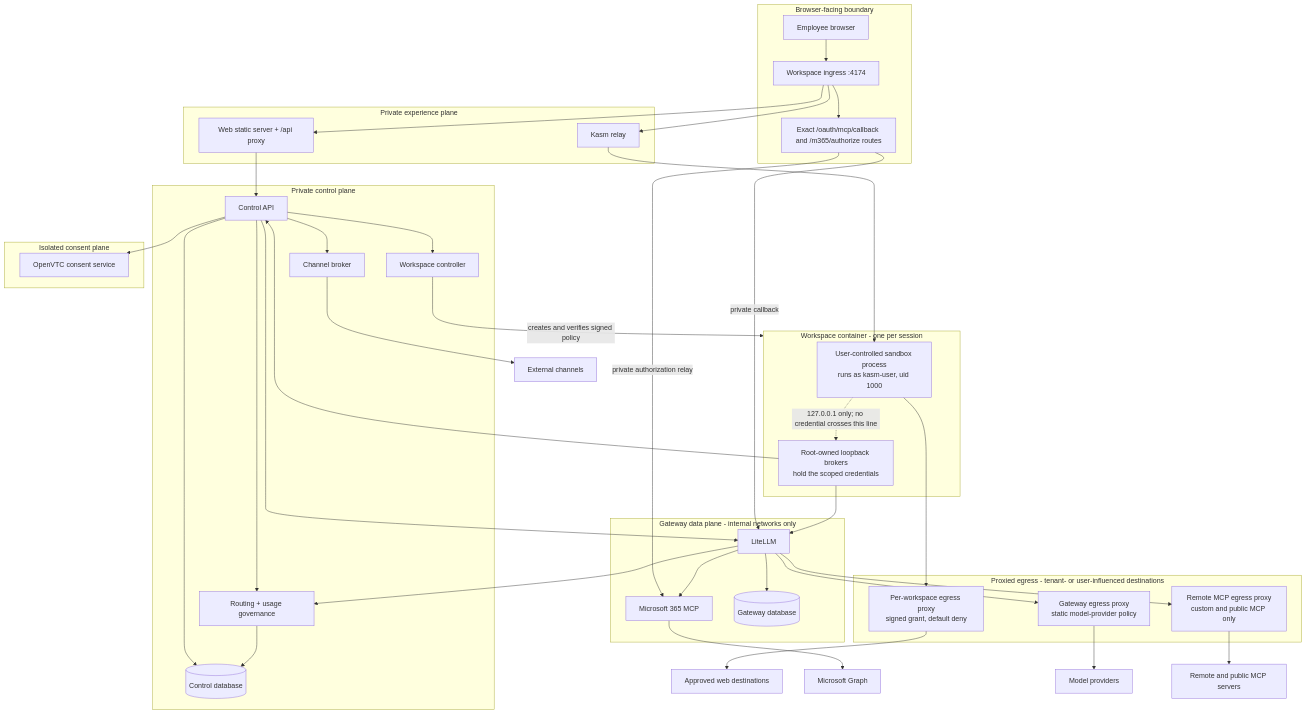
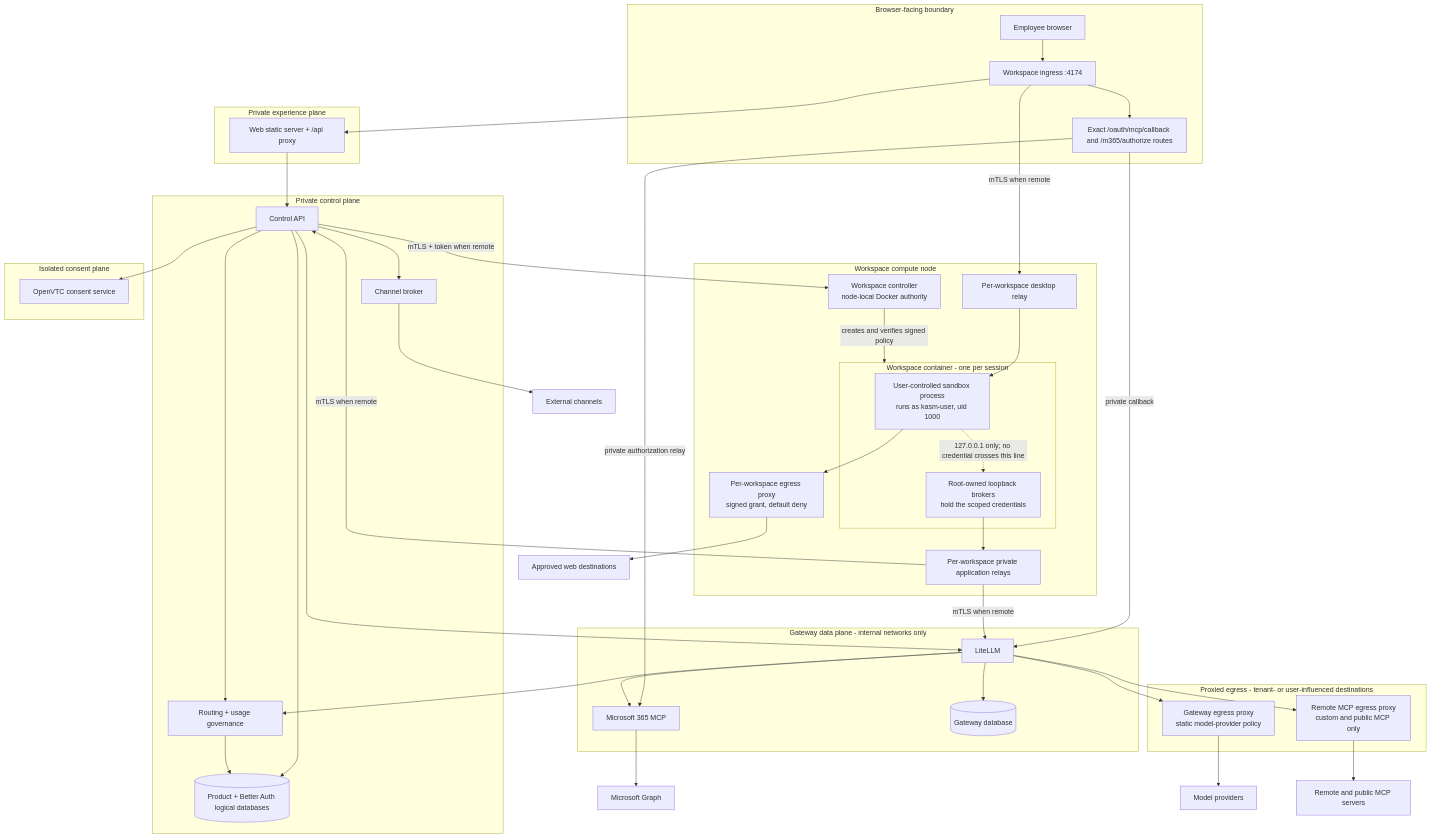
The first of 2 diagrams in docs/architecture/overview.md (ONE-Computer/LemmaComputer), drawn with Mermaid before and after one commit. The commit also changed other lines of this file and 24 other files, not shown here.

Commit message:
feat: harden remote workspace node qualification

````diff
--- a/docs/architecture/overview.md
+++ b/docs/architecture/overview.md
@@ -99,65 +102,69 @@
 ```mermaid
 flowchart TB
   subgraph Public["Browser-facing boundary"]
     Browser["Employee browser"]
     Ingress["Workspace ingress :4174"]
     OAuthRoutes["Exact /oauth/mcp/callback and /m365/authorize routes"]
   end
 
   subgraph Experience["Private experience plane"]
     Web["Web static server + /api proxy"]
-    Relay["Kasm relay"]
   end
 
-  subgraph WorkspaceContainer["Workspace container - one per session"]
-    Sandbox["User-controlled sandbox process<br/>runs as kasm-user, uid 1000"]
-    Loopback["Root-owned loopback brokers<br/>hold the scoped credentials"]
-    Sandbox -.->|"127.0.0.1 only; no credential crosses this line"| Loopback
+  subgraph WorkspaceNode["Workspace compute node"]
+    Controller["Workspace controller<br/>node-local Docker authority"]
+    Relay["Per-workspace desktop relay"]
+    AppRelays["Per-workspace private application relays"]
+    Egress["Per-workspace egress proxy<br/>signed grant, default deny"]
+    subgraph WorkspaceContainer["Workspace container - one per session"]
+      Sandbox["User-controlled sandbox process<br/>runs as kasm-user, uid 1000"]
+      Loopback["Root-owned loopback brokers<br/>hold the scoped credentials"]
+      Sandbox -.->|"127.0.0.1 only; no credential crosses this line"| Loopback
+    end
   end
 
   subgraph ControlPlane["Private control plane"]
     Control["Control API"]
     Governance["Routing + usage governance"]
-    Controller["Workspace controller"]
     Channel["Channel broker"]
-    ControlDB[("Control database")]
+    ControlDB[("Product + Better Auth logical databases")]
   end
 
   subgraph ConsentPlane["Isolated consent plane"]
     OpenVTC["OpenVTC consent service"]
   end
 
   subgraph DataPlane["Gateway data plane - internal networks only"]
     LiteLLM["LiteLLM"]
     M365["Microsoft 365 MCP"]
     GatewayDB[("Gateway database")]
   end
 
   subgraph EgressLayer["Proxied egress - tenant- or user-influenced destinations"]
     ModelEgress["Gateway egress proxy<br/>static model-provider policy"]
     McpEgress["Remote MCP egress proxy<br/>custom and public MCP only"]
-    Egress["Per-workspace egress proxy<br/>signed grant, default deny"]
   end
 
   Browser --> Ingress --> Web --> Control
   Ingress --> OAuthRoutes
   OAuthRoutes -->|"private callback"| LiteLLM
   OAuthRoutes -->|"private authorization relay"| M365
   Control --> ControlDB
   Control --> Governance --> ControlDB
   LiteLLM --> Governance
-  Control --> Controller
+  Control -->|"mTLS + token when remote"| Controller
   Control --> OpenVTC
   Control --> LiteLLM
   Control --> Channel
   Controller -->|"creates and verifies signed policy"| WorkspaceContainer
-  Ingress --> Relay --> Sandbox
-  Loopback --> Control
-  Loopback --> LiteLLM
+  Ingress -->|"mTLS when remote"| Relay --> Sandbox
+  Loopback --> AppRelays
+  AppRelays -->|"mTLS when remote"| Control
+  AppRelays -->|"mTLS when remote"| LiteLLM
   Sandbox --> Egress --> Approved["Approved web destinations"]
   LiteLLM --> GatewayDB
   LiteLLM --> M365 --> Graph["Microsoft Graph"]
   LiteLLM --> ModelEgress --> Providers["Model providers"]
   LiteLLM --> McpEgress --> RemoteMcp["Remote and public MCP servers"]
   Channel --> ExternalChannels["External channels"]
 ```
````
